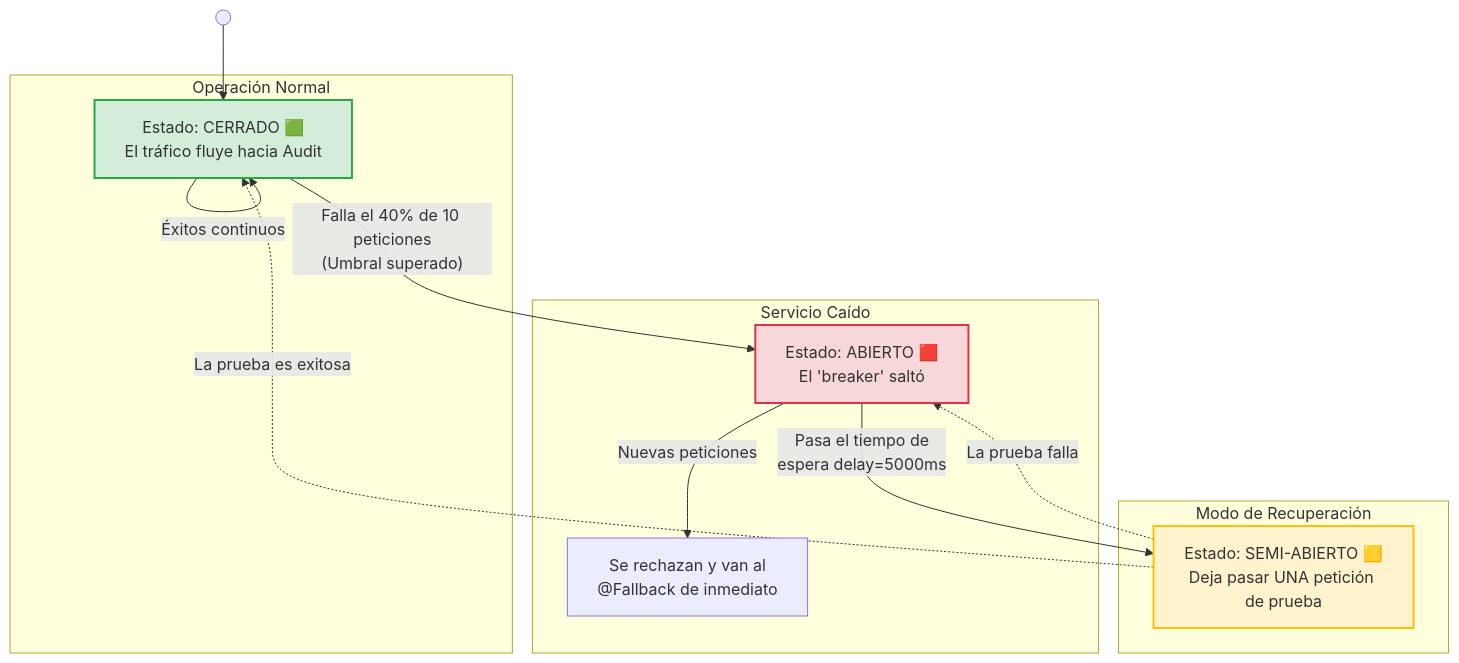
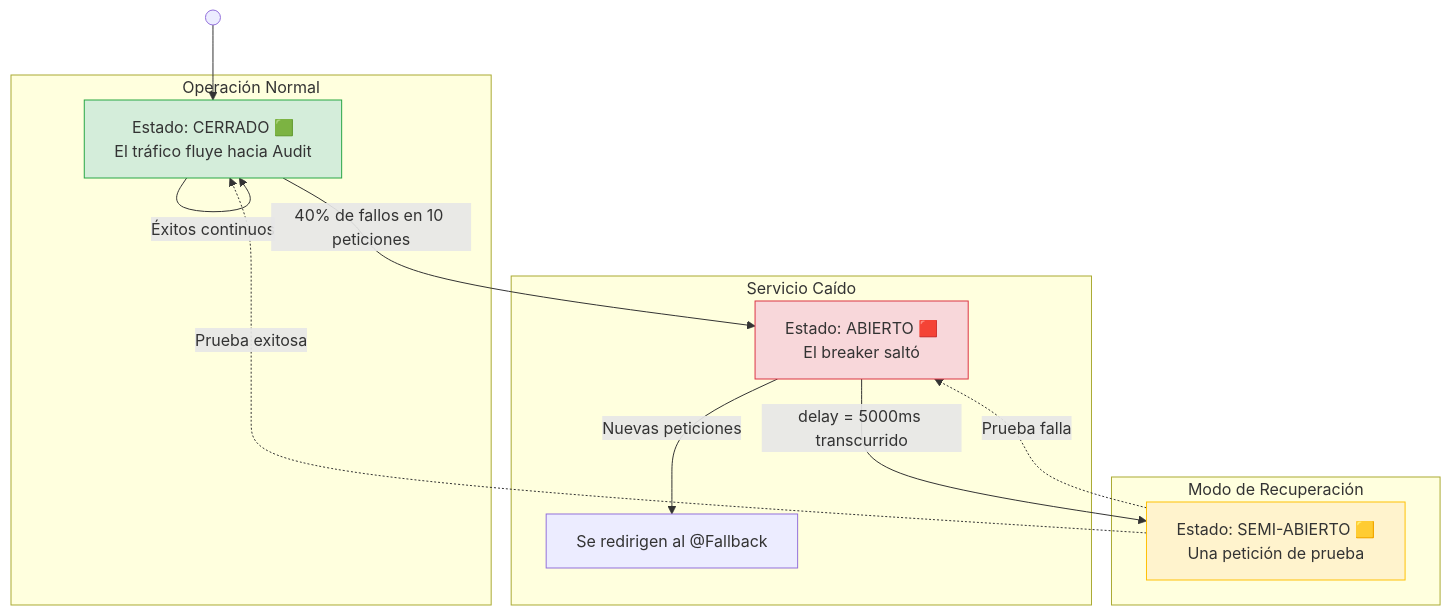
The fourth of 5 diagrams in docs/backend-java-quarkus/05-resiliencia/fault-tolerance.md (teamdroid-trainer/docs-docusaurus-trainer), drawn with Mermaid before and after one commit. The commit also changed other lines of this file and 35 other files, not shown here.

````diff
--- a/docs/backend-java-quarkus/05-resiliencia/fault-tolerance.md
+++ b/docs/backend-java-quarkus/05-resiliencia/fault-tolerance.md
@@ -116,28 +118,28 @@
 ```mermaid
 flowchart TD
     Inicio(( )) --> CLOSED
 
-    subgraph Sano [Operación Normal]
+    subgraph Sano ["Operación Normal"]
         CLOSED["Estado: CERRADO 🟩<br>El tráfico fluye hacia Audit"]
         CLOSED -- Éxitos continuos --> CLOSED
     end
 
-    CLOSED -- "Falla el 40% de 10 peticiones<br>(Umbral superado)" --> OPEN
+    CLOSED -- "40% de fallos en 10 peticiones" --> OPEN
 
-    subgraph Caida [Servicio Caído]
-        OPEN["Estado: ABIERTO 🟥<br>El 'breaker' saltó"]
-        OPEN -- Nuevas peticiones --> Rechazo["Se rechazan y van al<br>@Fallback de inmediato"]
+    subgraph Caida ["Servicio Caído"]
+        OPEN["Estado: ABIERTO 🟥<br>El breaker saltó"]
+        OPEN -- Nuevas peticiones --> Rechazo["Se redirigen al @Fallback"]
     end
 
-    OPEN -- "Pasa el tiempo de<br>espera delay=5000ms" --> HALF_OPEN
+    OPEN -- "delay = 5000ms transcurrido" --> HALF_OPEN
 
-    subgraph Prueba [Modo de Recuperación]
-        HALF_OPEN["Estado: SEMI-ABIERTO 🟨<br>Deja pasar UNA petición de prueba"]
-        HALF_OPEN -. "La prueba falla" .-> OPEN
-        HALF_OPEN -. "La prueba es exitosa" .-> CLOSED
+    subgraph Prueba ["Modo de Recuperación"]
+        HALF_OPEN["Estado: SEMI-ABIERTO 🟨<br>Una petición de prueba"]
+        HALF_OPEN -. "Prueba falla" .-> OPEN
+        HALF_OPEN -. "Prueba exitosa" .-> CLOSED
     end
 
-    style CLOSED fill:#d4edda,stroke:#28a745,stroke-width:2px
-    style OPEN fill:#f8d7da,stroke:#dc3545,stroke-width:2px
-    style HALF_OPEN fill:#fff3cd,stroke:#ffc107,stroke-width:2px
+    style CLOSED fill:#d4edda,stroke:#28a745
+    style OPEN fill:#f8d7da,stroke:#dc3545
+    style HALF_OPEN fill:#fff3cd,stroke:#ffc107
 ```
````
